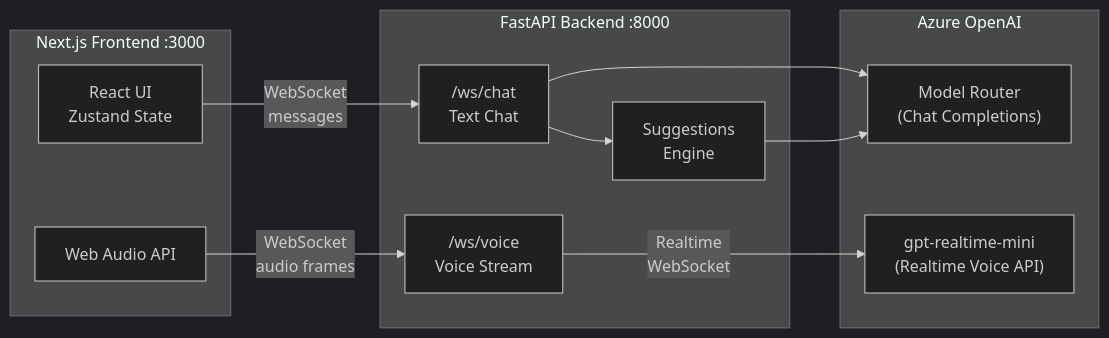
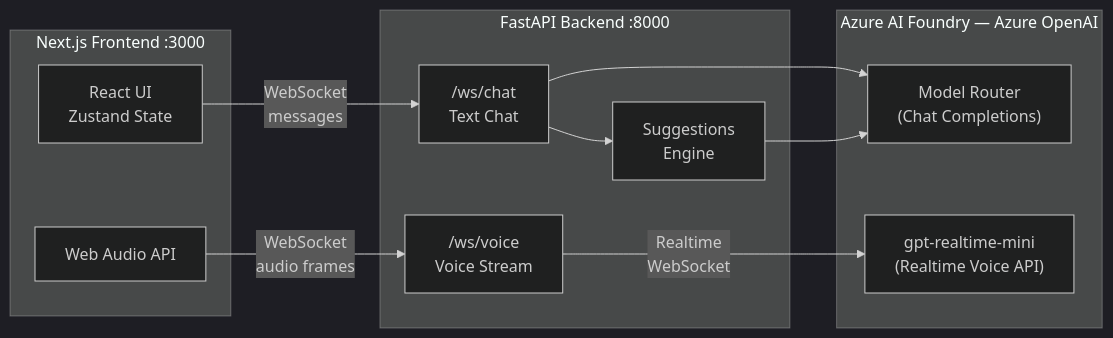
Before and after one commit to bradcstevens/contoso-voice-demo-template: the diagram in README.md, drawn with Mermaid (dark theme). The commit also changed other lines of this file and 1 other file, not shown here.

First line of the commit message:
Update Azure terminology: Cognitive Services → Azure AI Services

````diff
--- a/README.md
+++ b/README.md
@@ -7,25 +7,25 @@
 ```mermaid
 graph LR
     subgraph Frontend["Next.js Frontend :3000"]
         UI[React UI<br/>Zustand State]
         WA[Web Audio API]
     end
 
     subgraph Backend["FastAPI Backend :8000"]
         Chat["/ws/chat<br/>Text Chat"]
         Voice["/ws/voice<br/>Voice Stream"]
         Suggest["Suggestions<br/>Engine"]
     end
 
-    subgraph Azure["Azure OpenAI"]
+    subgraph Azure["Azure AI Foundry — Azure OpenAI"]
         MR["Model Router<br/>(Chat Completions)"]
         RT["gpt-realtime-mini<br/>(Realtime Voice API)"]
     end
 
     UI -- "WebSocket<br/>messages" --> Chat
     WA -- "WebSocket<br/>audio frames" --> Voice
     Chat --> MR
     Chat --> Suggest
     Suggest --> MR
     Voice -- "Realtime<br/>WebSocket" --> RT
 ```
````
